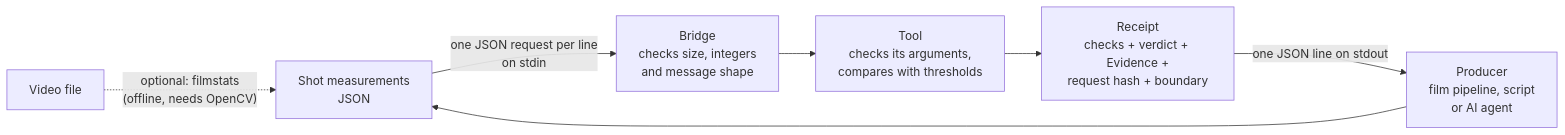
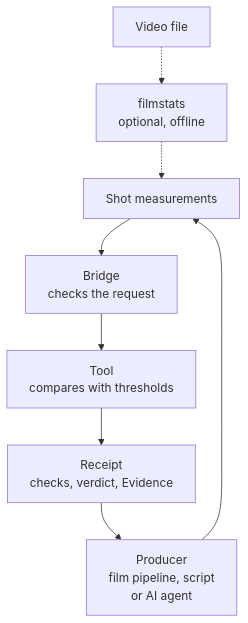
One commit to Akilleez-QA/foundation-film changed the diagram in README.md. Above: the diagram before and after it, drawn with Mermaid. The commit also changed other lines of this file and 1 other file, not shown here.

Commit message:
docs: draw the README diagram top-down so it stays legible
The left-to-right flowchart with long edge labels was scaled to the
article width on github.com and rendered about 180 px tall with tiny,
partly clipped text. Draw it top-down with short node labels and move
the edge detail into the paragraph under the diagram. Examples and the
rest of the text are unchanged. Rebuild SOURCE-MANIFEST.json.

````diff
--- a/README.md
+++ b/README.md
@@ -18,9 +18,10 @@
 ```mermaid
-flowchart LR
-    V["Video file"] -. "optional: filmstats<br/>(offline, needs OpenCV)" .-> M["Shot measurements<br/>JSON"]
+flowchart TD
+    V["Video file"] -.-> F["filmstats<br/>optional, offline"]
+    F -.-> M["Shot measurements"]
     P["Producer<br/>film pipeline, script<br/>or AI agent"] --> M
-    M -- "one JSON request per line<br/>on stdin" --> B["Bridge<br/>checks size, integers<br/>and message shape"]
-    B --> T["Tool<br/>checks its arguments,<br/>compares with thresholds"]
-    T --> R["Receipt<br/>checks + verdict + Evidence +<br/>request hash + boundary"]
-    R -- "one JSON line on stdout" --> P
+    M --> B["Bridge<br/>checks the request"]
+    B --> T["Tool<br/>compares with thresholds"]
+    T --> R["Receipt<br/>checks, verdict, Evidence"]
+    R --> P
 ```
````
